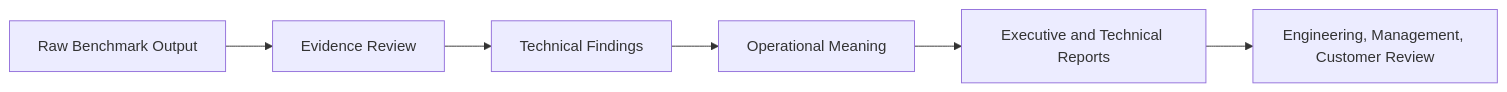
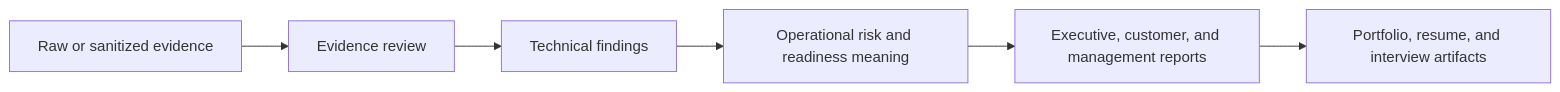
Before and after one commit to svbion/gpu-benchmark-lab: the second of 3 diagrams in docs/SYSTEM_ARCHITECTURE.md, drawn with Mermaid. The commit also changed other lines of this file and 50 other files, not shown here.

````diff
--- a/docs/SYSTEM_ARCHITECTURE.md
+++ b/docs/SYSTEM_ARCHITECTURE.md
@@ -22,8 +21,8 @@
 ```mermaid
 flowchart LR
-    RAW[Raw Benchmark Output] --> PARSE[Evidence Review]
-    PARSE --> FINDINGS[Technical Findings]
-    FINDINGS --> RISK[Operational Meaning]
-    RISK --> REPORTS[Executive and Technical Reports]
-    REPORTS --> AUDIENCE[Engineering, Management, Customer Review]
+    RAW[Raw or sanitized evidence] --> REVIEW[Evidence review]
+    REVIEW --> FINDINGS[Technical findings]
+    FINDINGS --> RISK[Operational risk and readiness meaning]
+    RISK --> REPORTS[Executive, customer, and management reports]
+    REPORTS --> PORTFOLIO[Portfolio, resume, and interview artifacts]
 ```
````
